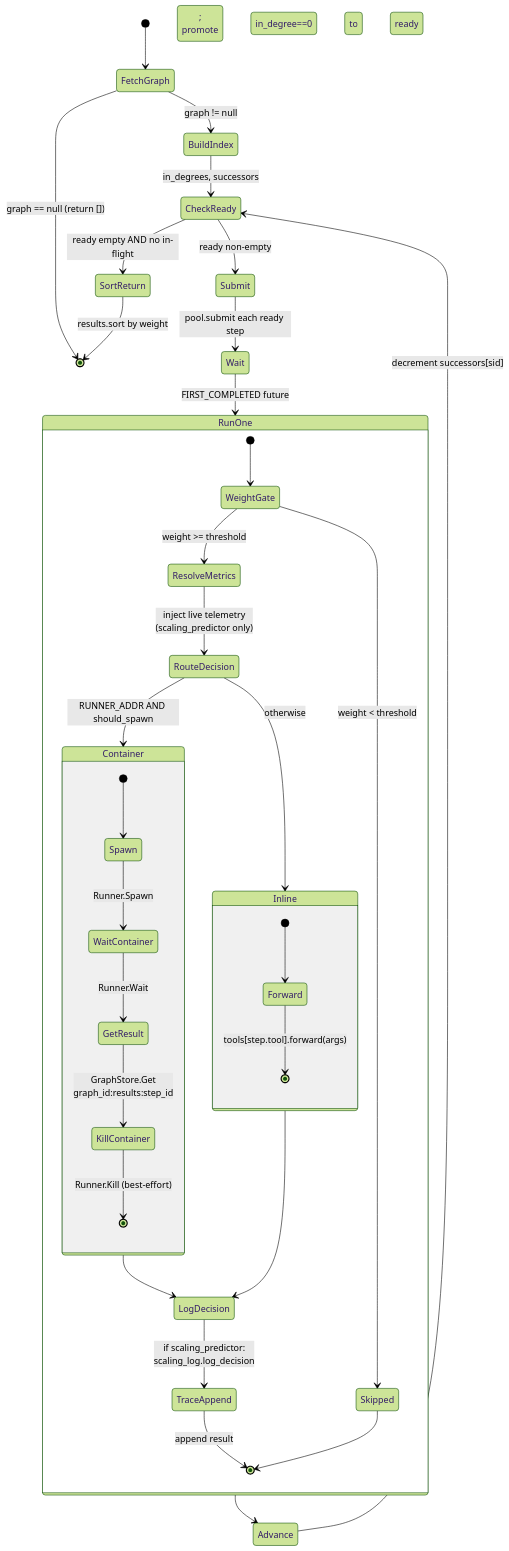
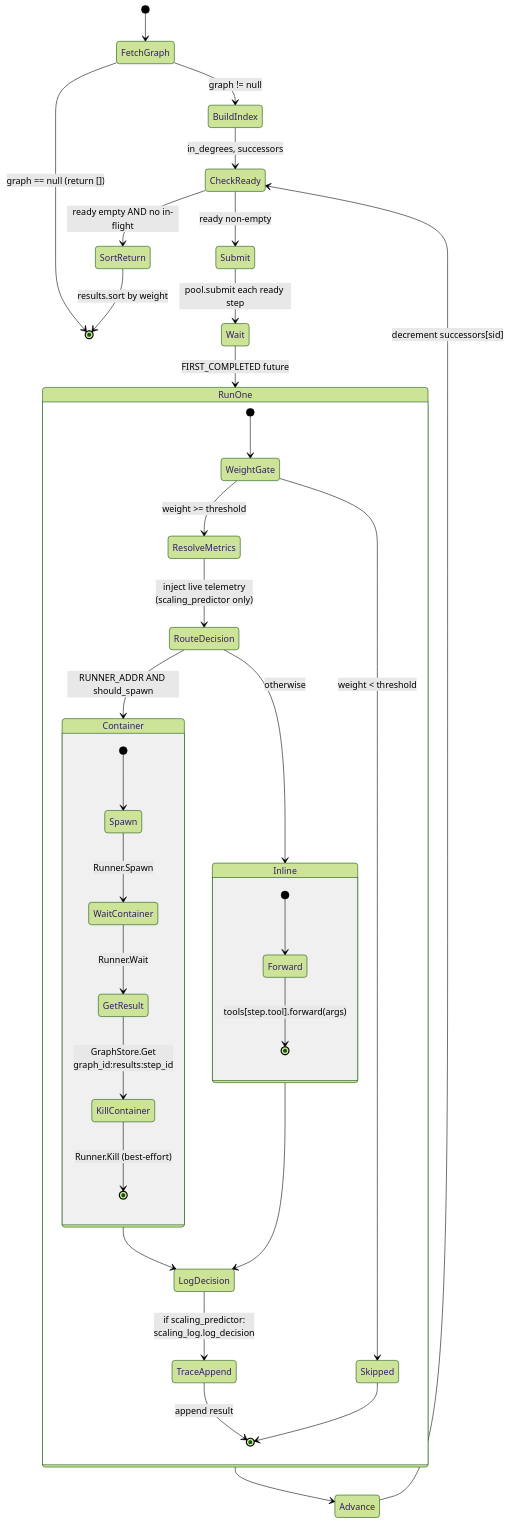
The fourth of 4 diagrams in README.md (KirkKennedyLincoln/BREH), drawn with Mermaid (forest theme) before and after one commit. The commit also changed other lines of this file and 3 other files, not shown here.

````diff
--- a/README.md
+++ b/README.md
@@ -265,47 +258,47 @@
 ```mermaid
 stateDiagram-v2
     direction TB
     [*] --> FetchGraph
     FetchGraph --> BuildIndex : graph != null
     FetchGraph --> [*] : graph == null (return [])
     BuildIndex --> CheckReady : in_degrees, successors
 
     state CheckReady <<choice>>
     CheckReady --> SortReturn : ready empty AND no in-flight
     CheckReady --> Submit : ready non-empty
     Submit --> Wait : pool.submit each ready step
     Wait --> RunOne : FIRST_COMPLETED future
     state RunOne {
         [*] --> WeightGate
         state WeightGate <<choice>>
         WeightGate --> Skipped : weight < threshold
         WeightGate --> ResolveMetrics : weight >= threshold
         ResolveMetrics --> RouteDecision : inject live telemetry<br/>(scaling_predictor only)
         state RouteDecision <<choice>>
         RouteDecision --> Container : RUNNER_ADDR AND should_spawn
         RouteDecision --> Inline : otherwise
 
         state Container {
             [*] --> Spawn
             Spawn --> WaitContainer : Runner.Spawn
             WaitContainer --> GetResult : Runner.Wait
             GetResult --> KillContainer : GraphStore.Get<br/>graph_id:results:step_id
             KillContainer --> [*] : Runner.Kill (best-effort)
         }
 
         state Inline {
             [*] --> Forward
             Forward --> [*] : tools[step.tool].forward(args)
         }
 
         Container --> LogDecision
         Inline --> LogDecision
         LogDecision --> TraceAppend : if scaling_predictor:<br/>scaling_log.log_decision
         TraceAppend --> [*] : append result
         Skipped --> [*]
     }
 
     RunOne --> Advance
-    Advance --> CheckReady : decrement successors[sid];<br/>promote in_degree==0 to ready
+    Advance --> CheckReady : decrement successors[sid]
     SortReturn --> [*] : results.sort by weight
 ```
````
